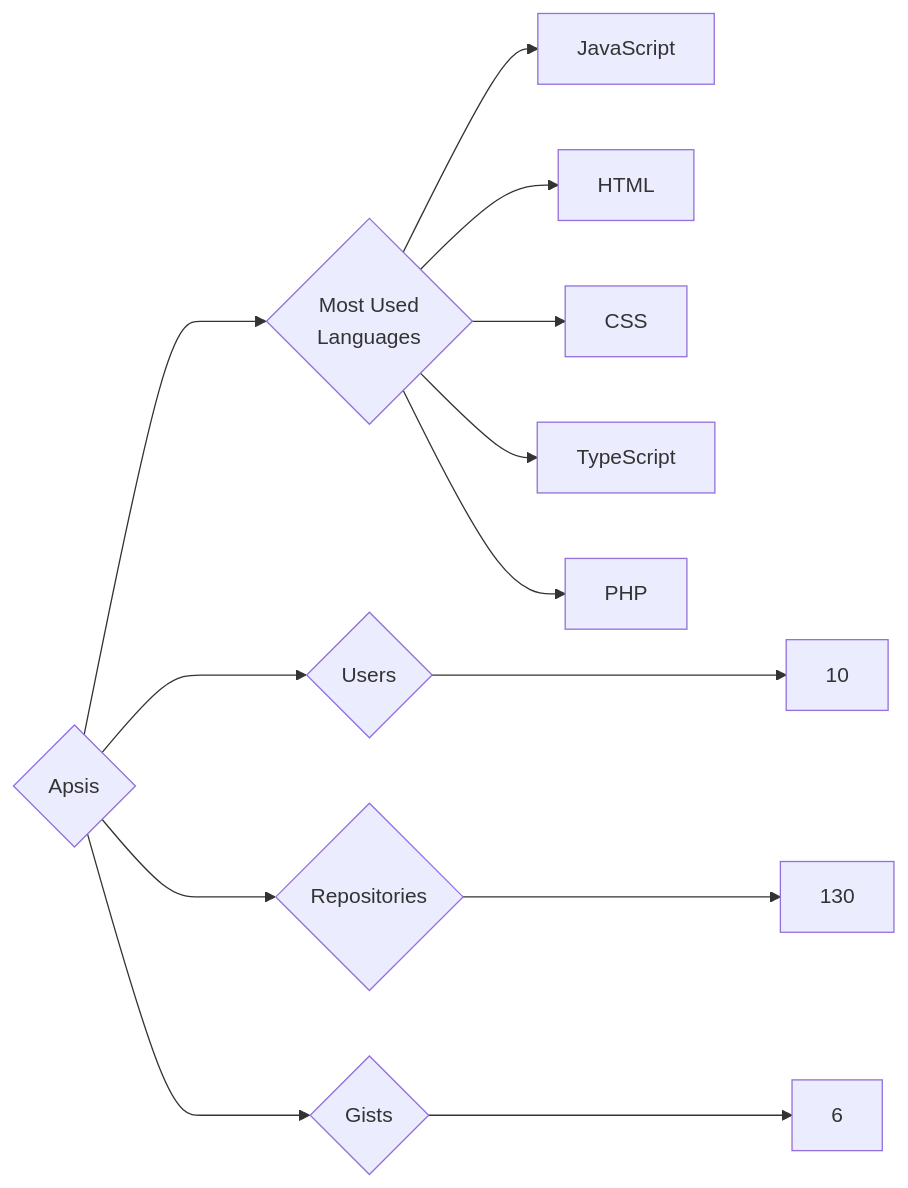
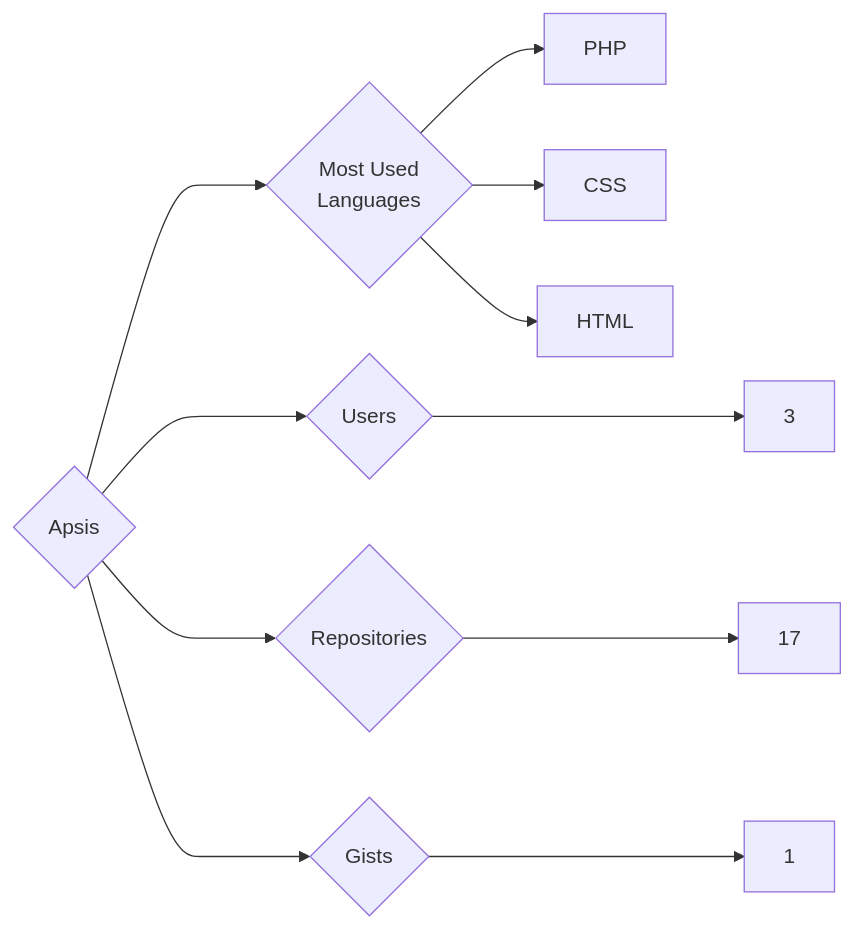
Before and after one commit to trickest/insiders: the diagram in targets/Apsis/README.md, drawn with Mermaid. The commit also changed 718 other files, not shown here.

````diff
--- a/targets/Apsis/README.md
+++ b/targets/Apsis/README.md
@@ -3,13 +3,11 @@
 ```mermaid
 graph LR
 COMPANY_NAME{Apsis}
-COMPANY_NAME ---> U{Users} ---> UN[10]
-COMPANY_NAME ---> R{Repositories} ---> RN[130]
-COMPANY_NAME ---> G{Gists} ---> GN[6]
+COMPANY_NAME ---> U{Users} ---> UN[3]
+COMPANY_NAME ---> R{Repositories} ---> RN[17]
+COMPANY_NAME ---> G{Gists} ---> GN[1]
 COMPANY_NAME ---> ML{Most Used<br>Languages}
-ML --> JavaScript[JavaScript]
+ML --> PHP[PHP]
+ML --> CSS[CSS]
 ML --> HTML[HTML]
-ML --> CSS[CSS]
-ML --> TypeScript[TypeScript]
-ML --> PHP[PHP]
 ```
````
